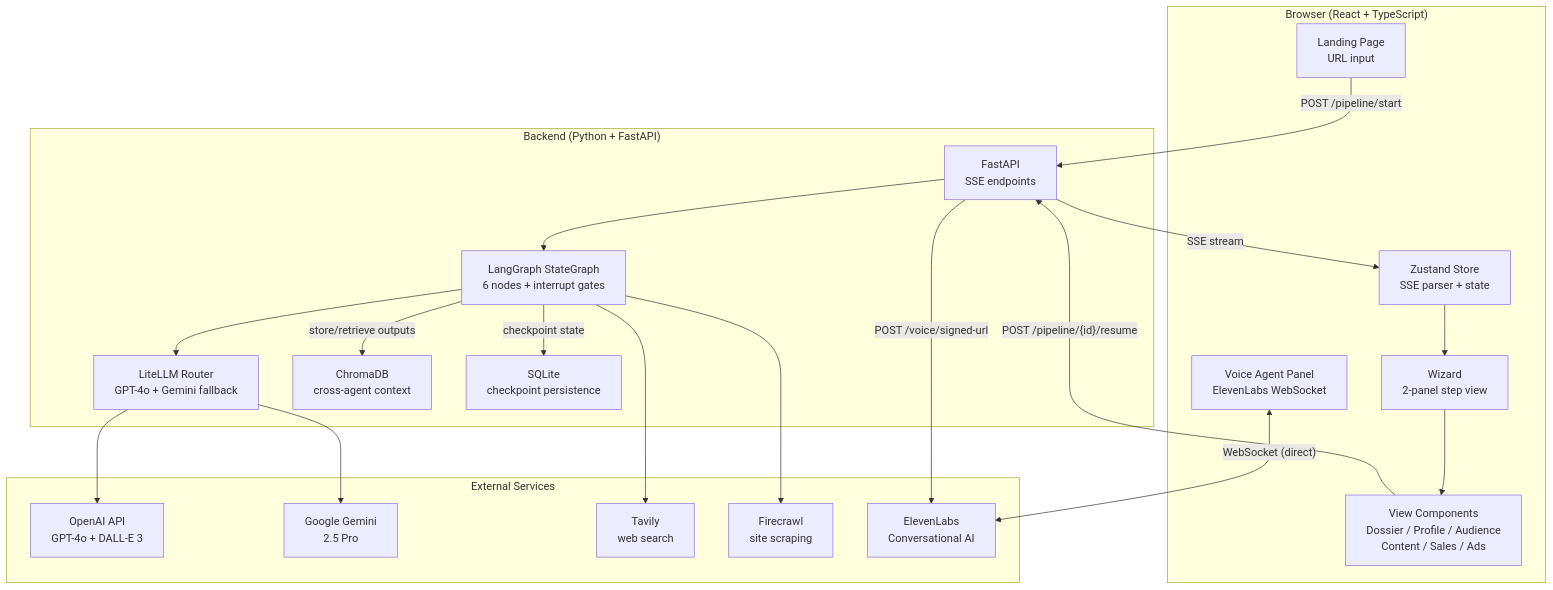
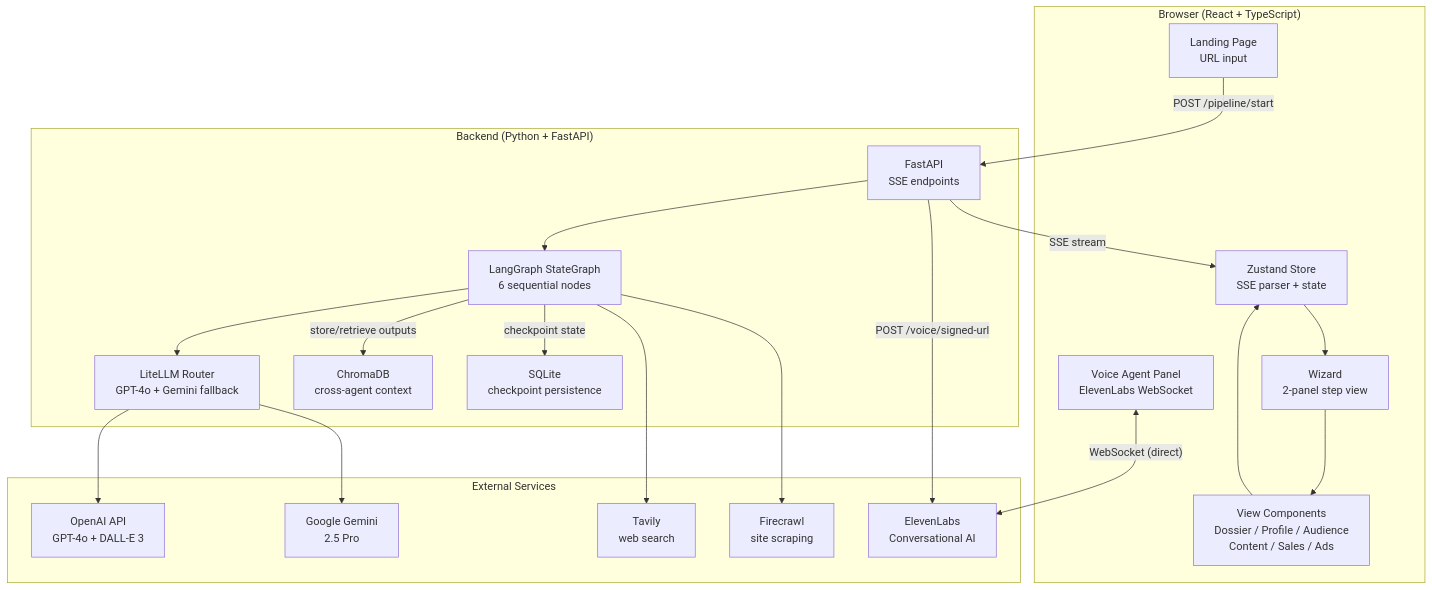
The first of 3 diagrams in README.md (prathyusha1231/blitz), drawn with Mermaid before and after one commit. The commit also changed other lines of this file and 7 other files, not shown here.

````diff
--- a/README.md
+++ b/README.md
@@ -32,43 +32,43 @@
 ```mermaid
 flowchart TB
     subgraph Browser["Browser (React + TypeScript)"]
         Landing["Landing Page<br/>URL input"]
         Wizard["Wizard<br/>2-panel step view"]
         Store["Zustand Store<br/>SSE parser + state"]
         Views["View Components<br/>Dossier / Profile / Audience<br/>Content / Sales / Ads"]
         Voice["Voice Agent Panel<br/>ElevenLabs WebSocket"]
     end
 
     subgraph Server["Backend (Python + FastAPI)"]
         API["FastAPI<br/>SSE endpoints"]
-        Graph["LangGraph StateGraph<br/>6 nodes + interrupt gates"]
+        Graph["LangGraph StateGraph<br/>6 sequential nodes"]
         LLM["LiteLLM Router<br/>GPT-4o + Gemini fallback"]
         DB["ChromaDB<br/>cross-agent context"]
         SQLite["SQLite<br/>checkpoint persistence"]
     end
 
     subgraph External["External Services"]
         OpenAI["OpenAI API<br/>GPT-4o + DALL-E 3"]
         Gemini["Google Gemini<br/>2.5 Pro"]
         Tavily["Tavily<br/>web search"]
         Firecrawl["Firecrawl<br/>site scraping"]
         ElevenLabs["ElevenLabs<br/>Conversational AI"]
     end
 
     Landing -->|"POST /pipeline/start"| API
     API -->|"SSE stream"| Store
     Store --> Wizard
     Wizard --> Views
-    Views -->|"POST /pipeline/{id}/resume"| API
+    Views --> Store
     Voice <-->|"WebSocket (direct)"| ElevenLabs
 
     API --> Graph
     Graph --> LLM
     Graph -->|"store/retrieve outputs"| DB
     Graph -->|"checkpoint state"| SQLite
     LLM --> OpenAI
     LLM --> Gemini
     Graph --> Tavily
     Graph --> Firecrawl
     API -->|"POST /voice/signed-url"| ElevenLabs
 ```
````
